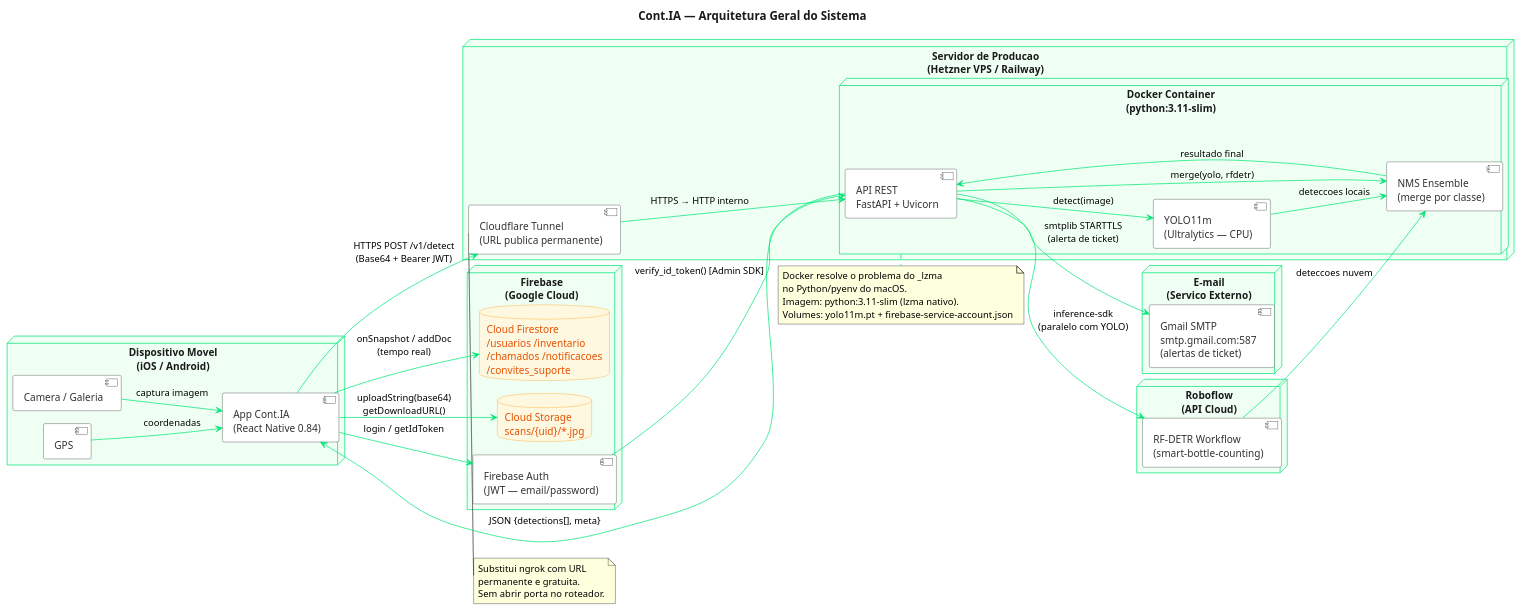
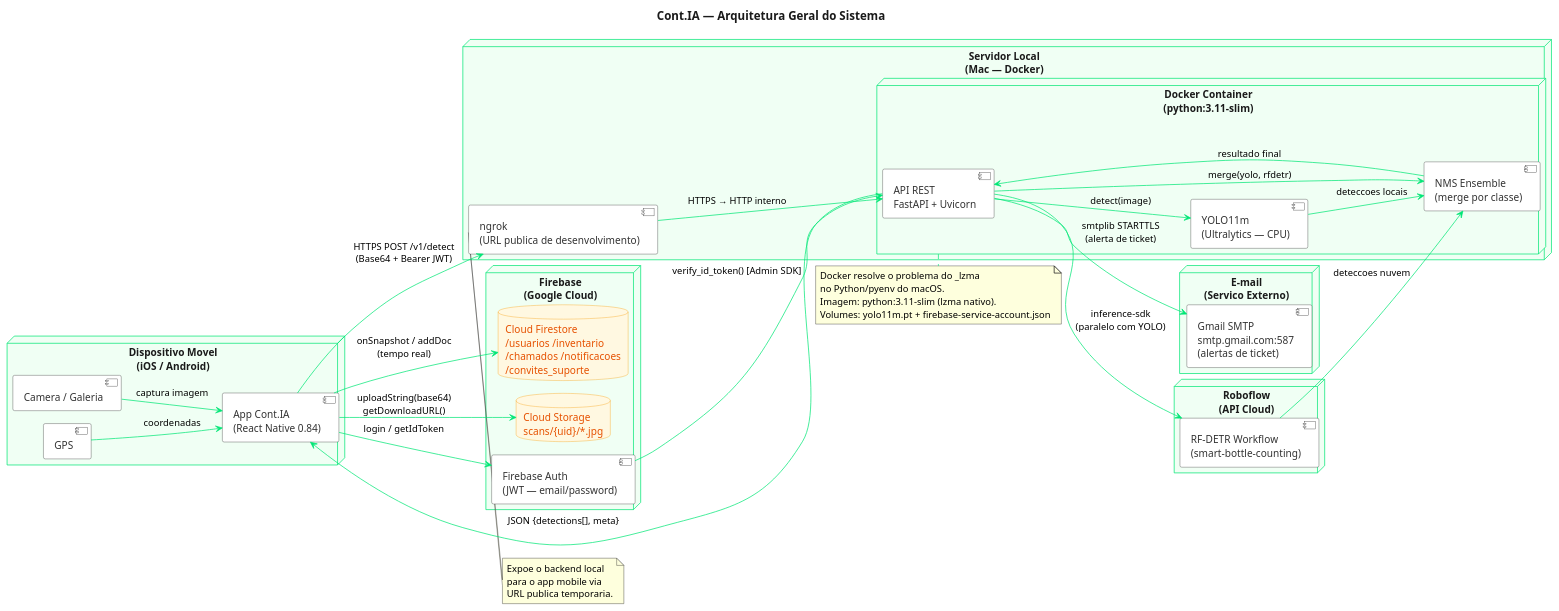
One commit to JuBertoldo/cont-ia changed the diagram in docs/diagramas/07_arquitetura.puml. Above: the diagram before and after it, drawn with PlantUML.

Commit message:
docs: diagrama de arquitetura reflete apenas o que esta rodando
- Servidor: Mac local com Docker (nao Railway/Hetzner)
- Tunnel: ngrok (em uso) em vez de Cloudflare Tunnel (configurado mas nao ativo)

```diff
--- a/docs/diagramas/07_arquitetura.puml
+++ b/docs/diagramas/07_arquitetura.puml
@@ -1,100 +1,100 @@
 @startuml 07_arquitetura
 !pragma layout smetana
 title Cont.IA — Arquitetura Geral do Sistema
 
 skinparam backgroundColor #FFFFFF
 skinparam nodeBackgroundColor #F0FFF4
 skinparam nodeBorderColor #00E676
 skinparam nodeFontColor #1A1A1A
 skinparam componentBackgroundColor #FFFFFF
 skinparam componentBorderColor #333333
 skinparam componentFontColor #333333
 skinparam arrowColor #00E676
 skinparam titleFontColor #1A1A1A
 skinparam titleFontSize 16
 skinparam databaseBackgroundColor #FFF8E1
 skinparam databaseBorderColor #F59E0B
 skinparam databaseFontColor #E65100
 
 left to right direction
 
 ' ── App Mobile ───────────────────────────────────────────────────────────────
 
 node "Dispositivo Movel\n(iOS / Android)" as MOBILE {
     component "App Cont.IA\n(React Native 0.84)" as APP
     component "Camera / Galeria" as CAM
     component "GPS" as GPS
     CAM --> APP : captura imagem
     GPS --> APP : coordenadas
 }
 
 ' ── Infraestrutura do Backend ────────────────────────────────────────────────
 
-node "Servidor de Producao\n(Hetzner VPS / Railway)" as SERVER {
+node "Servidor Local\n(Mac — Docker)" as SERVER {
 
     node "Docker Container\n(python:3.11-slim)" as DOCKER {
         component "API REST\nFastAPI + Uvicorn" as API
         component "YOLO11m\n(Ultralytics — CPU)" as YOLO
         component "NMS Ensemble\n(merge por classe)" as NMS
 
         API --> YOLO : detect(image)
         API --> NMS : merge(yolo, rfdetr)
         YOLO --> NMS : deteccoes locais
     }
 
-    component "Cloudflare Tunnel\n(URL publica permanente)" as TUNNEL
+    component "ngrok\n(URL publica de desenvolvimento)" as TUNNEL
     TUNNEL --> API : HTTPS → HTTP interno
 }
 
 ' ── Servicos de Notificacao (externos, acionados pelo backend) ───────────────
 
 node "E-mail\n(Servico Externo)" as NOTIF {
     component "Gmail SMTP\nsmtp.gmail.com:587\n(alertas de ticket)" as GMAIL
 }
 
 ' ── Roboflow (API externa) ───────────────────────────────────────────────────
 
 node "Roboflow\n(API Cloud)" as ROBOFLOW {
     component "RF-DETR Workflow\n(smart-bottle-counting)" as RFDETR
 }
 
 ' ── Firebase (Google Cloud) ──────────────────────────────────────────────────
 
 node "Firebase\n(Google Cloud)" as FIREBASE {
     database "Cloud Firestore\n/usuarios /inventario\n/chamados /notificacoes\n/convites_suporte" as FS
     database "Cloud Storage\nscans/{uid}/*.jpg" as STORAGE
     component "Firebase Auth\n(JWT — email/password)" as AUTH
 }
 
 ' ── Conexoes ─────────────────────────────────────────────────────────────────
 
 APP --> TUNNEL : HTTPS POST /v1/detect\n(Base64 + Bearer JWT)
 API --> RFDETR : inference-sdk\n(paralelo com YOLO)
 RFDETR --> NMS : deteccoes nuvem
 NMS --> API : resultado final
 API --> APP : JSON {detections[], meta}
 
 APP --> AUTH : login / getIdToken
 AUTH --> API : verify_id_token() [Admin SDK]
 
 API --> GMAIL : smtplib STARTTLS\n(alerta de ticket)
 
 APP --> FS : onSnapshot / addDoc\n(tempo real)
 APP --> STORAGE : uploadString(base64)\ngetDownloadURL()
 
 ' ── Nota ─────────────────────────────────────────────────────────────────────
 
 note bottom of DOCKER
   Docker resolve o problema do _lzma
   no Python/pyenv do macOS.
   Imagem: python:3.11-slim (lzma nativo).
   Volumes: yolo11m.pt + firebase-service-account.json
 end note
 
 note bottom of TUNNEL
-  Substitui ngrok com URL
-  permanente e gratuita.
-  Sem abrir porta no roteador.
+  Expoe o backend local
+  para o app mobile via
+  URL publica temporaria.
 end note
 
 @enduml
```
